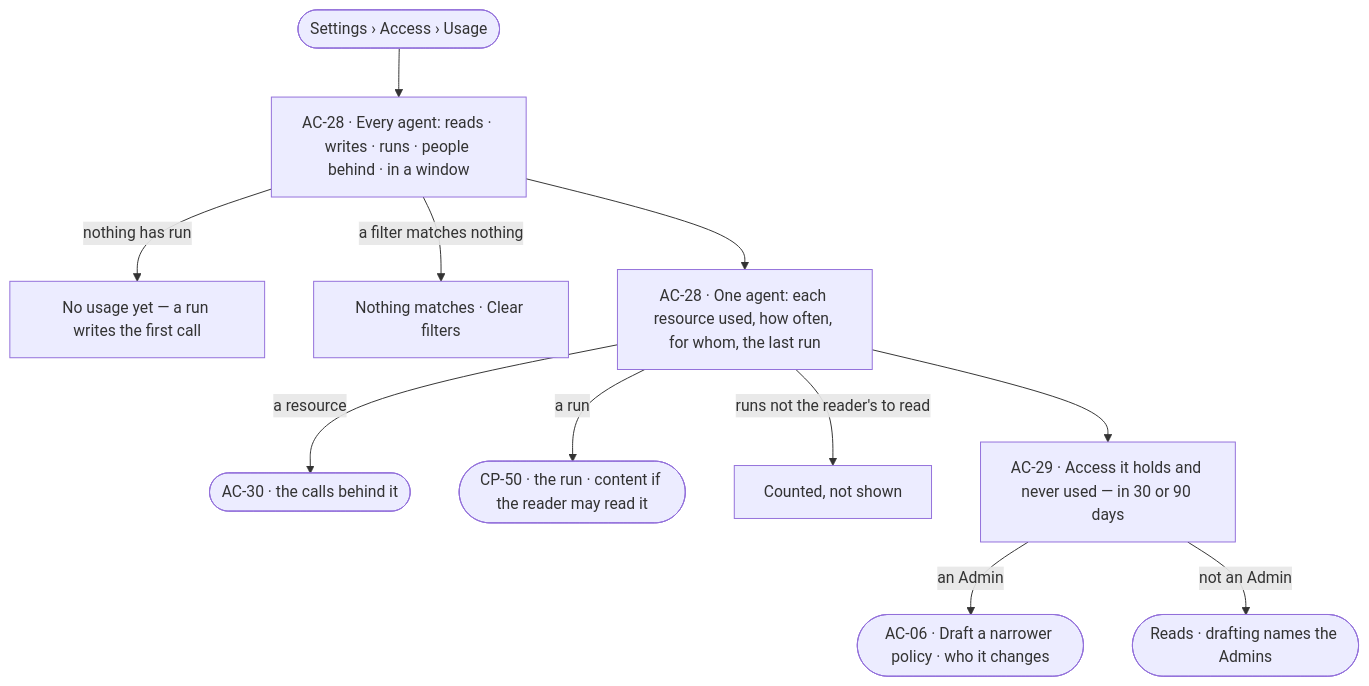
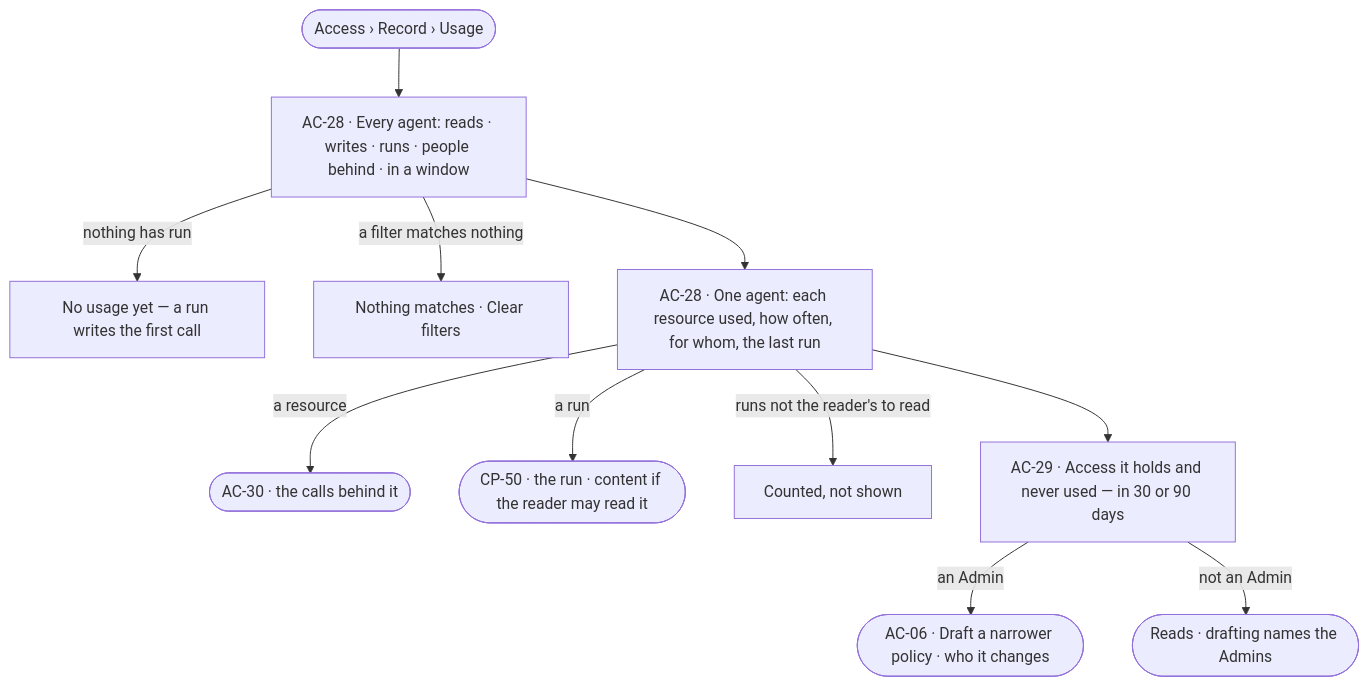
One commit to invana/invana changed the diagram in specs/os/access/features/AC-F08-access-usage/feature.md. Above: the diagram before and after it, drawn with Mermaid. The commit also changed other lines of this file and 133 other files, not shown here.

````diff
--- a/specs/os/access/features/AC-F08-access-usage/feature.md
+++ b/specs/os/access/features/AC-F08-access-usage/feature.md
@@ -24,13 +24,13 @@
 ```mermaid
 flowchart TD
-  start([Settings › Access › Usage]) --> list["AC-28 · Every agent: reads · writes · runs · people behind · in a window"]
+  start([Access › Record › Usage]) --> list["AC-28 · Every agent: reads · writes · runs · people behind · in a window"]
   list -->|nothing has run| none["No usage yet — a run writes the first call"]
   list -->|a filter matches nothing| nm["Nothing matches · Clear filters"]
   list --> one["AC-28 · One agent: each resource used, how often, for whom, the last run"]
   one -->|a resource| rows(["AC-30 · the calls behind it"])
   one -->|a run| run(["CP-50 · the run · content if the reader may read it"])
   one -->|runs not the reader's to read| cnt["Counted, not shown"]
   one --> un["AC-29 · Access it holds and never used — in 30 or 90 days"]
   un -->|an Admin| dr(["AC-06 · Draft a narrower policy · who it changes"])
   un -->|not an Admin| ro(["Reads · drafting names the Admins"])
 ```
````
